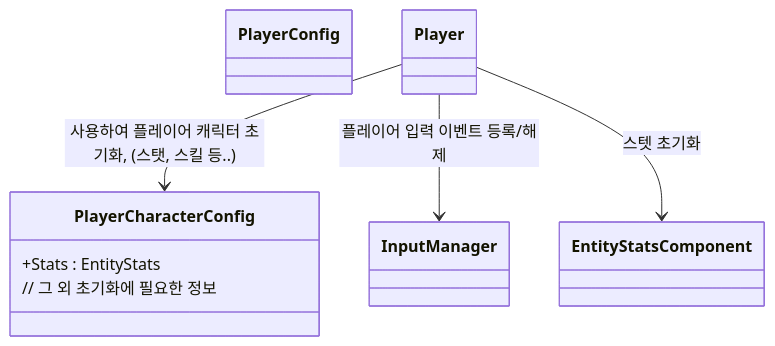
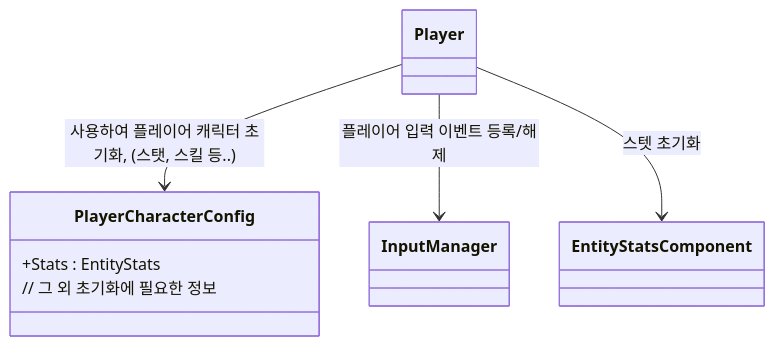
The sixth of 6 diagrams in Assets/_README/Entity_설계.md (JIN5EOK/DungeonShooter), drawn with Mermaid before and after one commit. The commit also changed other lines of this file, not shown here.

````diff
--- a/Assets/_README/Entity_설계.md
+++ b/Assets/_README/Entity_설계.md
@@ -70,13 +81,11 @@
 ```mermaid
 classDiagram
     class PlayerCharacterConfig{
         +Stats : EntityStats
         // 그 외 초기화에 필요한 정보
     }
-    class PlayerConfig{
 
-    }
     Player --> PlayerCharacterConfig : 사용하여 플레이어 캐릭터 초기화, (스탯, 스킬 등..)
     Player --> InputManager : 플레이어 입력 이벤트 등록/해제
     Player --> EntityStatsComponent : 스텟 초기화
 ```
````
